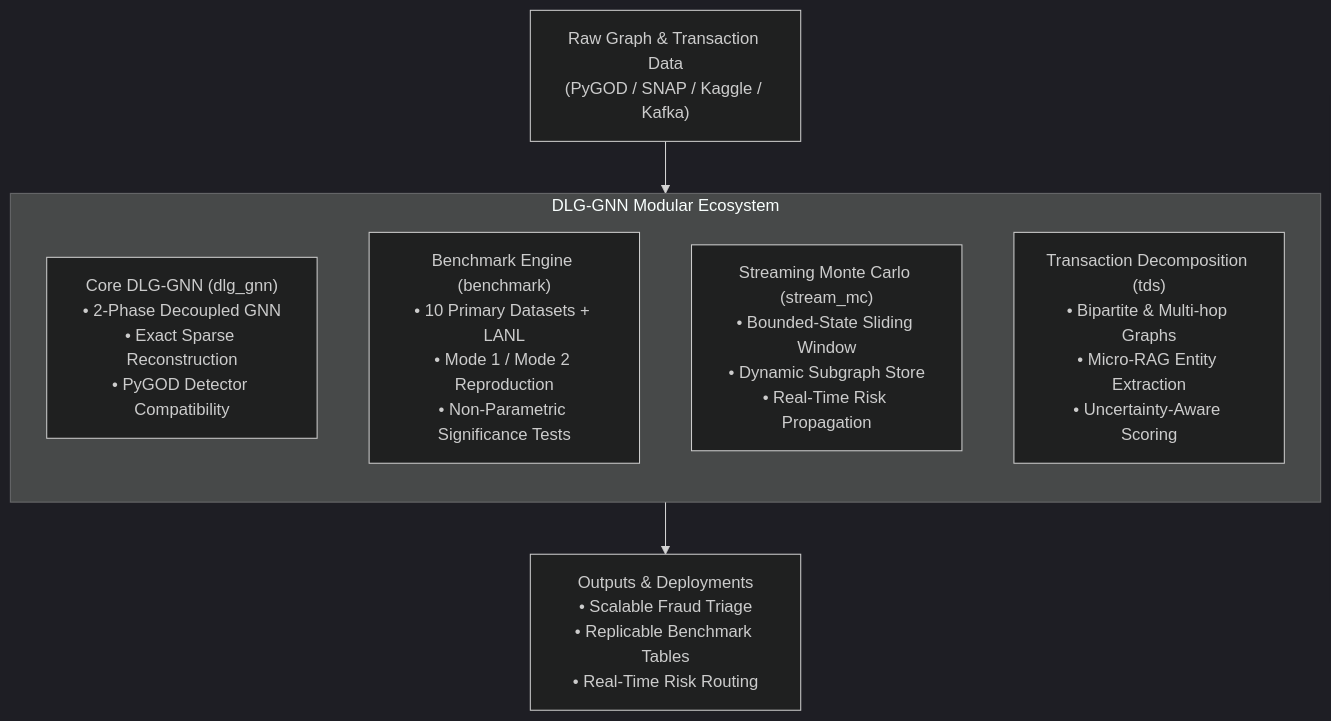
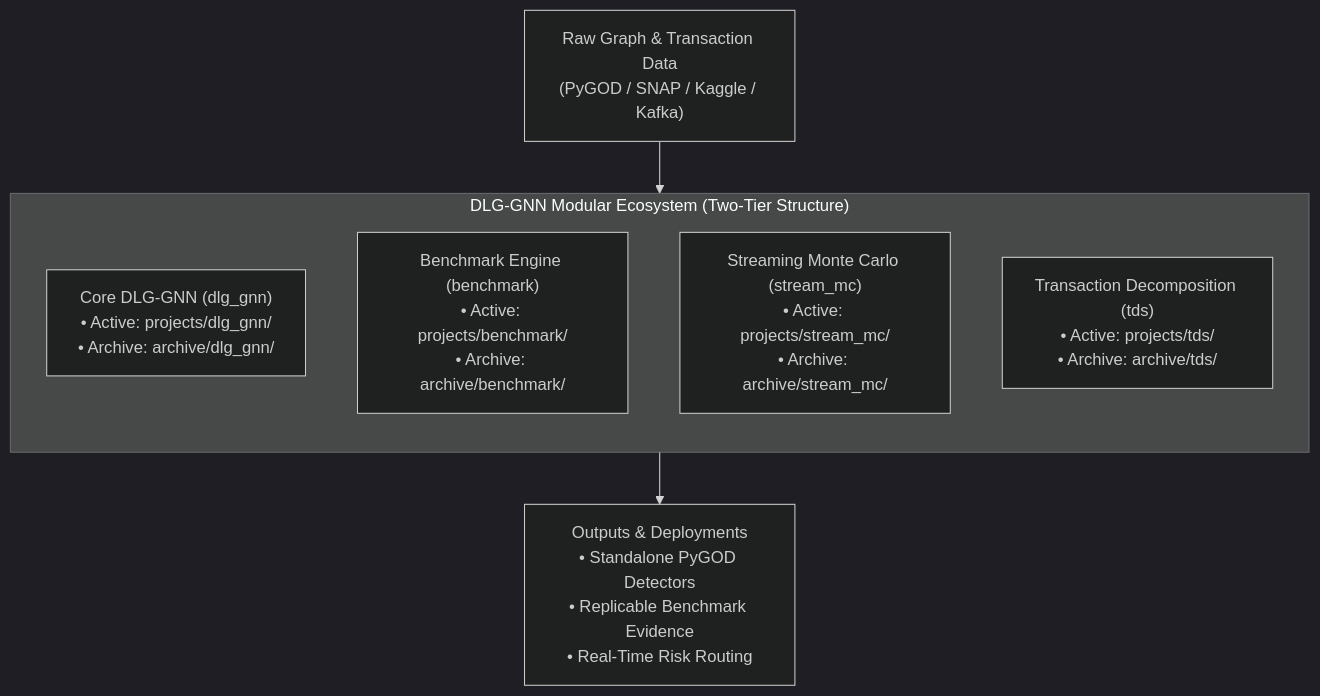
The diagram in docs/architecture/README.md (Sam-7878/dlg_gnn), drawn with Mermaid (dark theme) before and after one commit. The commit also changed other lines of this file and 129 other files, not shown here.

Commit message:
feat: add papers, datasets, and environment dependencies for benchmark and stream projects

````diff
--- a/docs/architecture/README.md
+++ b/docs/architecture/README.md
@@ -27,13 +30,13 @@
 ```mermaid
 graph TD
-    subgraph DLG_GNN_Ecosystem["DLG-GNN Modular Ecosystem"]
+    subgraph DLG_GNN_Ecosystem["DLG-GNN Modular Ecosystem (Two-Tier Structure)"]
         direction TB
-        A["Core DLG-GNN (dlg_gnn)<br>• 2-Phase Decoupled GNN<br>• Exact Sparse Reconstruction<br>• PyGOD Detector Compatibility"]
-        B["Benchmark Engine (benchmark)<br>• 10 Primary Datasets + LANL<br>• Mode 1 / Mode 2 Reproduction<br>• Non-Parametric Significance Tests"]
-        C["Streaming Monte Carlo (stream_mc)<br>• Bounded-State Sliding Window<br>• Dynamic Subgraph Store<br>• Real-Time Risk Propagation"]
-        D["Transaction Decomposition (tds)<br>• Bipartite & Multi-hop Graphs<br>• Micro-RAG Entity Extraction<br>• Uncertainty-Aware Scoring"]
+        A["Core DLG-GNN (dlg_gnn)<br>• Active: projects/dlg_gnn/<br>• Archive: archive/dlg_gnn/"]
+        B["Benchmark Engine (benchmark)<br>• Active: projects/benchmark/<br>• Archive: archive/benchmark/"]
+        C["Streaming Monte Carlo (stream_mc)<br>• Active: projects/stream_mc/<br>• Archive: archive/stream_mc/"]
+        D["Transaction Decomposition (tds)<br>• Active: projects/tds/<br>• Archive: archive/tds/"]
     end
 
     DataSources["Raw Graph & Transaction Data<br>(PyGOD / SNAP / Kaggle / Kafka)"] --> DLG_GNN_Ecosystem
-    DLG_GNN_Ecosystem --> Outputs["Outputs & Deployments<br>• Scalable Fraud Triage<br>• Replicable Benchmark Tables<br>• Real-Time Risk Routing"]
+    DLG_GNN_Ecosystem --> Outputs["Outputs & Deployments<br>• Standalone PyGOD Detectors<br>• Replicable Benchmark Evidence<br>• Real-Time Risk Routing"]
 ```
````
